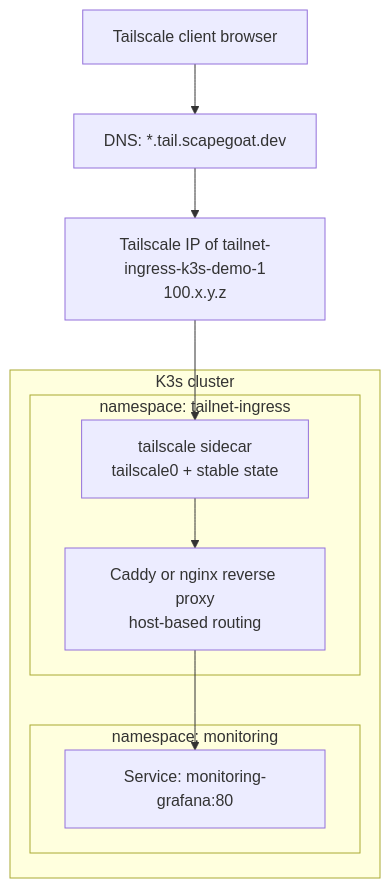
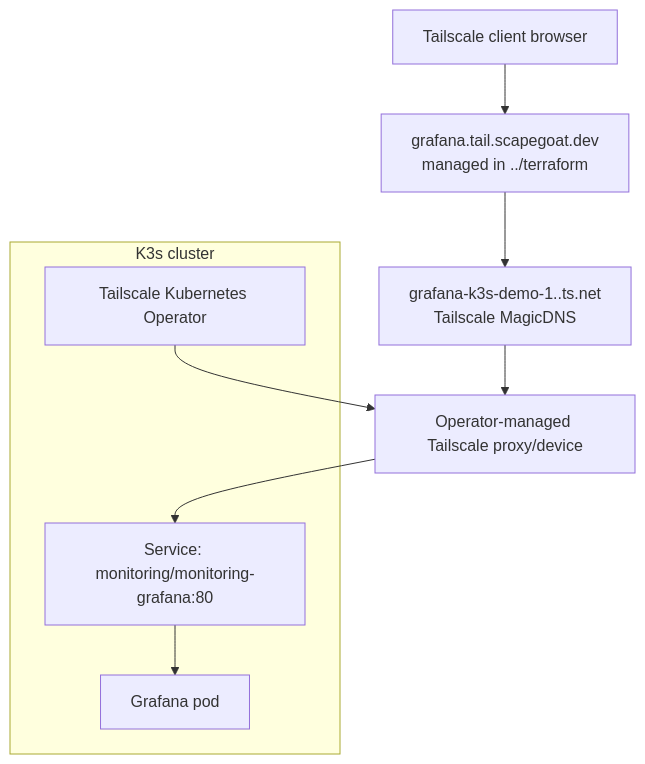
One commit to wesen/2026-03-27--hetzner-k3s changed the diagram in ttmp/2026/04/25/HK3S-0025--expose-grafana-through-tailnet-wildcard-dns/playbook/01-implementation-guide.md. Above: the diagram before and after it, drawn with Mermaid. The commit also changed other lines of this file and 4 other files, not shown here.

Commit message:
docs(tailscale): prefer operator dedicated dns plan

````diff
--- a/ttmp/2026/04/25/HK3S-0025--expose-grafana-through-tailnet-wildcard-dns/playbook/01-implementation-guide.md
+++ b/ttmp/2026/04/25/HK3S-0025--expose-grafana-through-tailnet-wildcard-dns/playbook/01-implementation-guide.md
@@ -124,19 +116,19 @@
 ```mermaid
 flowchart TD
     Client[Tailscale client browser]
-    DNS[DNS: *.tail.scapegoat.dev]
-    TSIP[Tailscale IP of tailnet-ingress-k3s-demo-1\n100.x.y.z]
+    FriendlyDNS[grafana.tail.scapegoat.dev\nmanaged in ../terraform]
+    MagicDNS[grafana-k3s-demo-1.<tailnet>.ts.net\nTailscale MagicDNS]
+    TSProxy[Operator-managed Tailscale proxy/device]
 
     subgraph K3s[K3s cluster]
-        subgraph Tailnet[namespace: tailnet-ingress]
-            TS[tailscale sidecar\ntailscale0 + stable state]
-            Proxy[Caddy or nginx reverse proxy\nhost-based routing]
-        end
-
-        subgraph Monitoring[namespace: monitoring]
-            Grafana[Service: monitoring-grafana:80]
-        end
+        Operator[Tailscale Kubernetes Operator]
+        GrafanaSvc[Service: monitoring/monitoring-grafana:80]
+        GrafanaPod[Grafana pod]
     end
 
-    Client --> DNS --> TSIP --> TS --> Proxy --> Grafana
+    Client --> FriendlyDNS
+    FriendlyDNS --> MagicDNS
+    MagicDNS --> TSProxy
+    Operator --> TSProxy
+    TSProxy --> GrafanaSvc --> GrafanaPod
 ```
````
